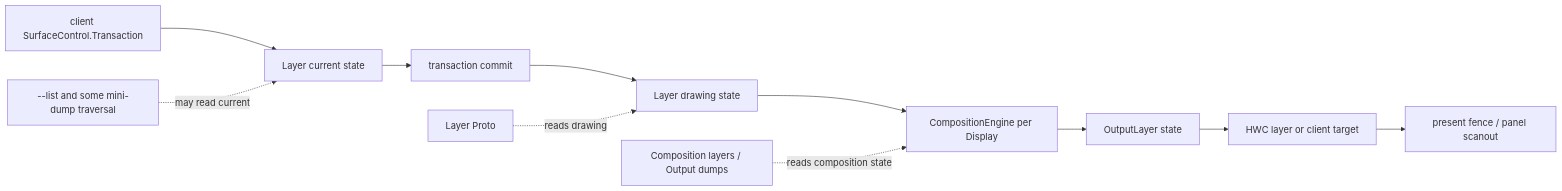
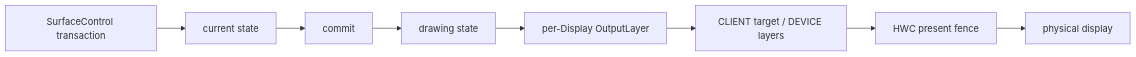
The first of 2 diagrams in Android源码学习/170-AndroidSurfaceFlingerdumpLayerProto与显示故障现场.md (junyingzhao001/StudyNotes), drawn with Mermaid before and after one commit. The commit also changed other lines of this file and 30 other files, not shown here.

````diff
--- a/Android源码学习/170-AndroidSurfaceFlingerdumpLayerProto与显示故障现场.md
+++ b/Android源码学习/170-AndroidSurfaceFlingerdumpLayerProto与显示故障现场.md
@@ -320,14 +54,10 @@
 ```mermaid
 flowchart LR
-    A["client SurfaceControl.Transaction"] --> B["Layer current state"]
-    B --> C["transaction commit"]
-    C --> D["Layer drawing state"]
-    D --> E["CompositionEngine per Display"]
-    E --> F["OutputLayer state"]
-    F --> G["HWC layer or client target"]
-    G --> H["present fence / panel scanout"]
-
-    I["--list and some mini-dump traversal"] -. "may read current" .-> B
-    J["Layer Proto"] -. "reads drawing" .-> D
-    K["Composition layers / Output dumps"] -. "reads composition state" .-> E
+    A["SurfaceControl transaction"] --> B["current state"]
+    B --> C["commit"]
+    C --> D["drawing state"]
+    D --> E["per-Display OutputLayer"]
+    E --> F["CLIENT target / DEVICE layers"]
+    F --> G["HWC present fence"]
+    G --> H["physical display"]
 ```
````
